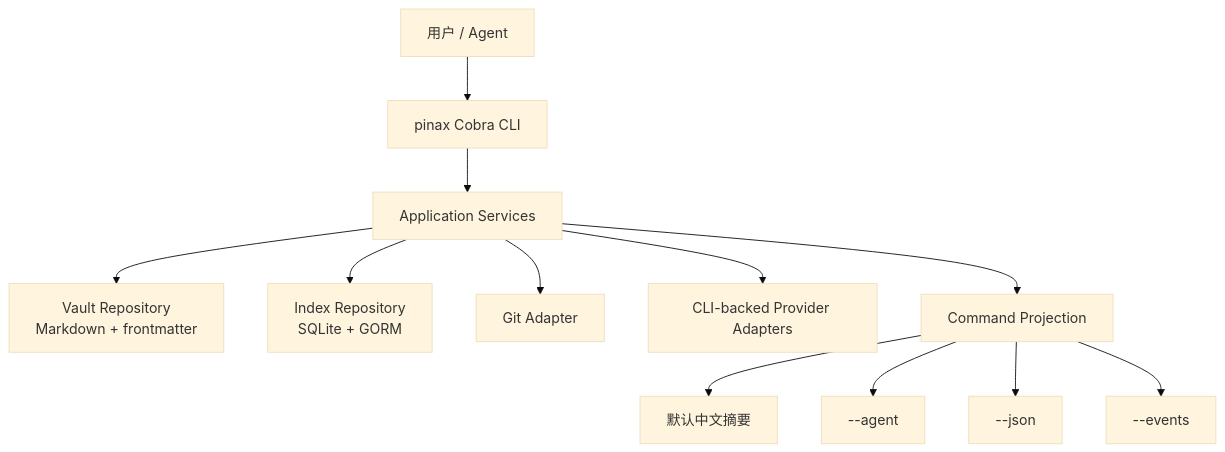
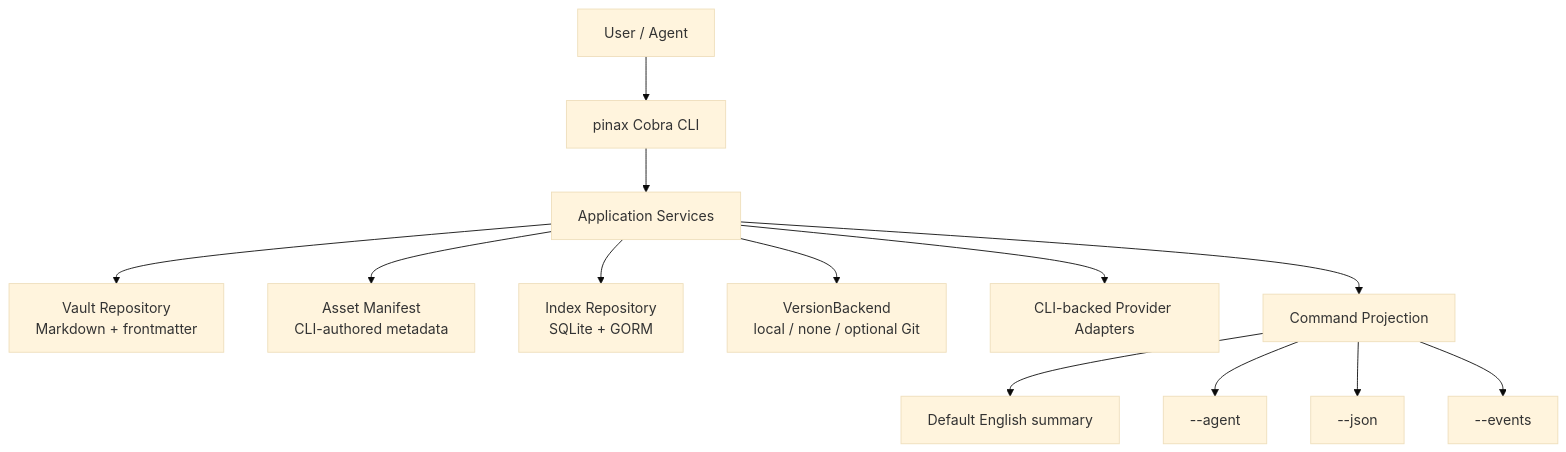
One commit to yeisme/pinax changed the diagram in docs/architecture/architecture-boundaries.md. Above: the diagram before and after it, drawn with Mermaid (base theme). The commit also changed other lines of this file and 534 other files, not shown here.

````diff
--- a/docs/architecture/architecture-boundaries.md
+++ b/docs/architecture/architecture-boundaries.md
@@ -3,14 +3,15 @@
 ```mermaid
 flowchart TD
-  U[用户 / Agent] --> CLI[pinax Cobra CLI]
+  U[User / Agent] --> CLI[pinax Cobra CLI]
   CLI --> APP[Application Services]
   APP --> VAULT[Vault Repository\nMarkdown + frontmatter]
+  APP --> ASSET[Asset Manifest\nCLI-authored metadata]
   APP --> INDEX[Index Repository\nSQLite + GORM]
-  APP --> GIT[Git Adapter]
+  APP --> VERSION[VersionBackend\nlocal / none / optional Git]
   APP --> PROVIDER[CLI-backed Provider Adapters]
   APP --> OUT[Command Projection]
-  OUT --> HUMAN[默认中文摘要]
+  OUT --> HUMAN[Default English summary]
   OUT --> AGENT[--agent]
   OUT --> JSON[--json]
   OUT --> EVENTS[--events]
 ```
````
